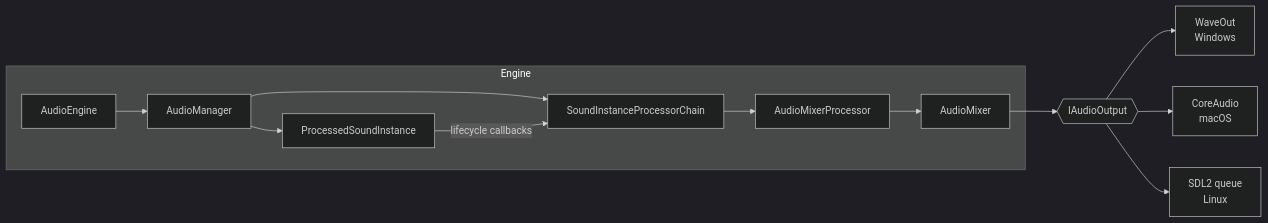
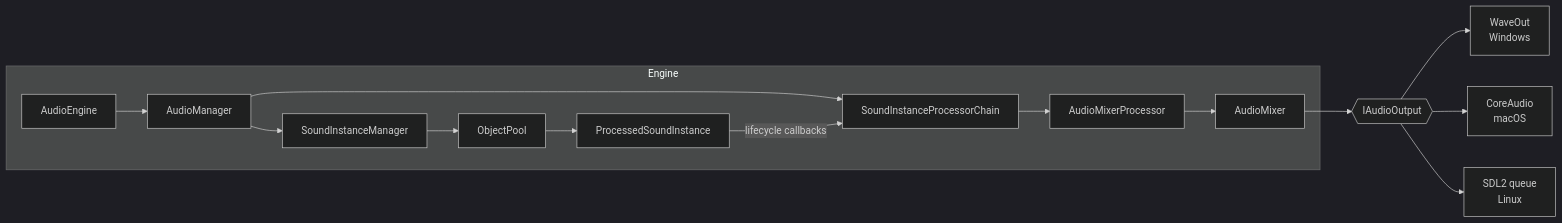
The second of 3 diagrams in docs/audio_architecture.md (deveses/forg), drawn with Mermaid (dark theme) before and after one commit. The commit also changed other lines of this file and 8 other files, not shown here.

Commit message:
move to instance manager

````diff
--- a/docs/audio_architecture.md
+++ b/docs/audio_architecture.md
@@ -50,15 +50,17 @@
 ```mermaid
 flowchart LR
     subgraph Engine
         AE[AudioEngine] --> AM[AudioManager]
-        AM --> SI[ProcessedSoundInstance]
+        AM --> SM[SoundInstanceManager]
         AM --> CH[SoundInstanceProcessorChain]
+        SM --> POOL[ObjectPool]
+        POOL --> SI[ProcessedSoundInstance]
         SI -->|lifecycle callbacks| CH
         CH --> MP[AudioMixerProcessor]
         MP --> MX[AudioMixer]
     end
     MX --> OUT{{IAudioOutput}}
     OUT --> WO[WaveOut<br/>Windows]
     OUT --> CA[CoreAudio<br/>macOS]
     OUT --> SDL[SDL2 queue<br/>Linux]
 ```
````
